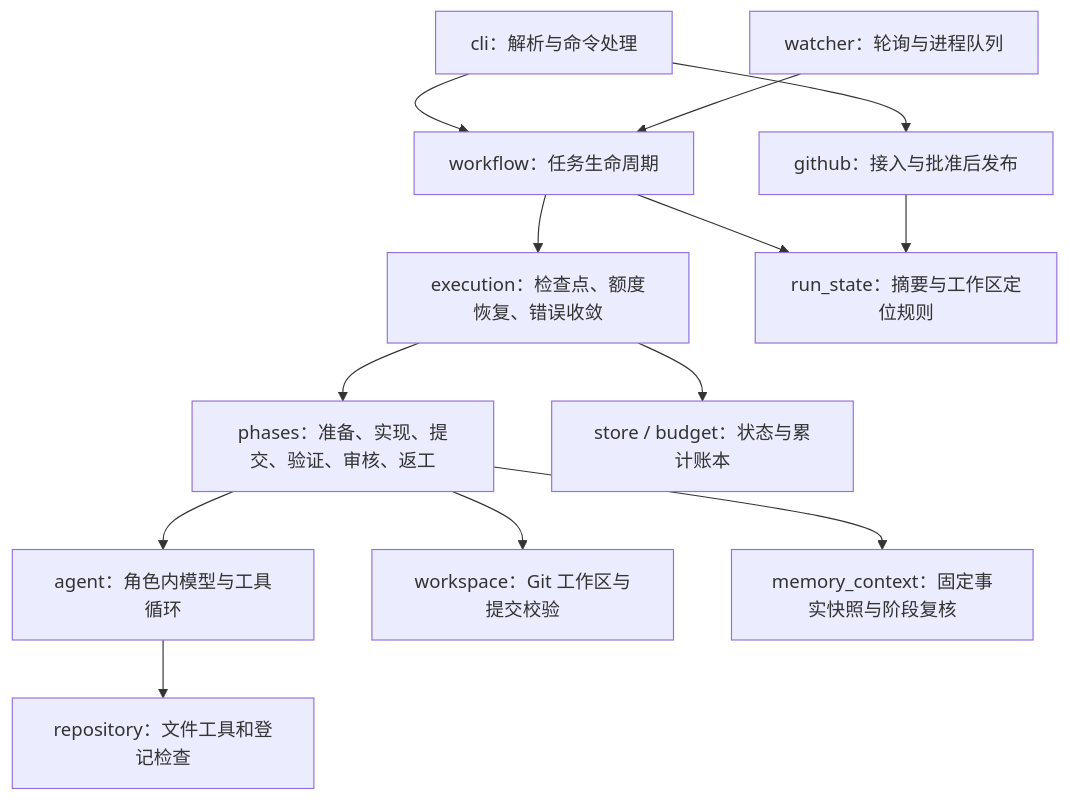
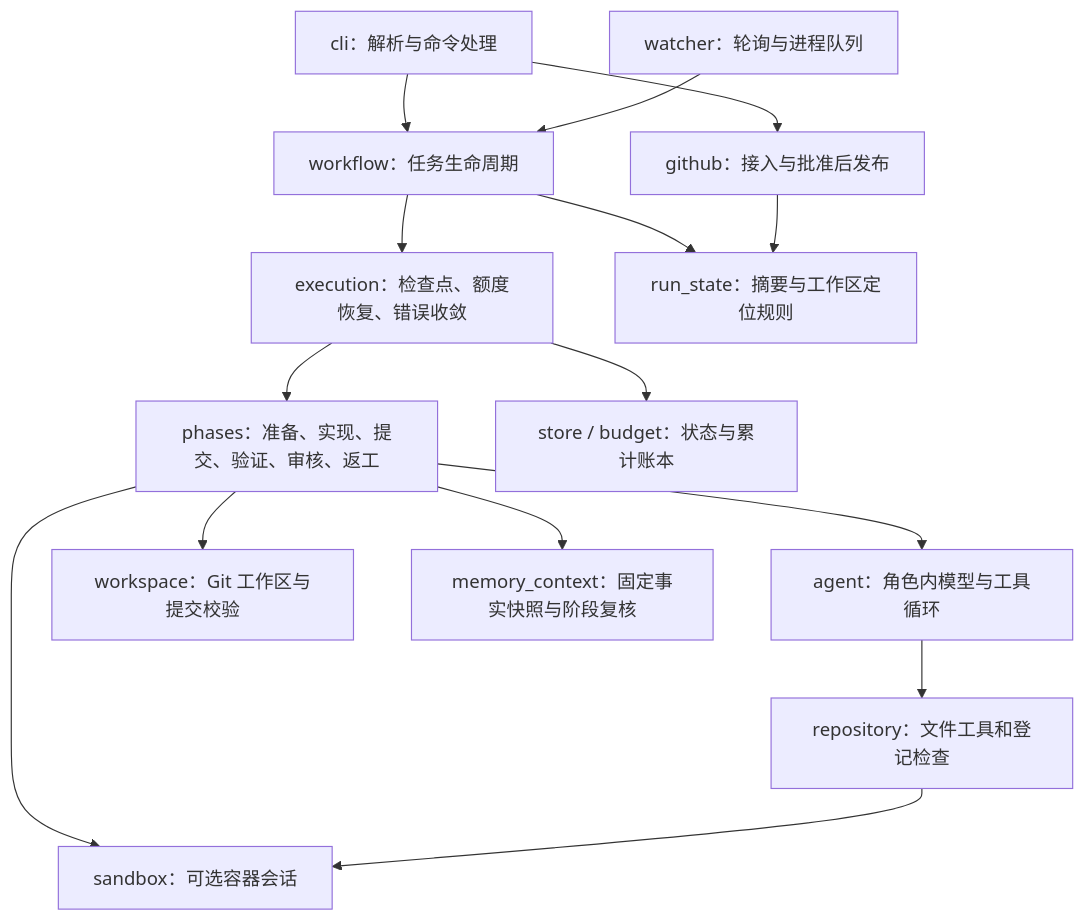
One commit to saikaji0314/repopilot changed the diagram in docs/runtime-v2/ARCHITECTURE.md. Above: the diagram before and after it, drawn with Mermaid. The commit also changed other lines of this file and 16 other files, not shown here.

````diff
--- a/docs/runtime-v2/ARCHITECTURE.md
+++ b/docs/runtime-v2/ARCHITECTURE.md
@@ -37,15 +37,17 @@
 ```mermaid
 flowchart TD
     CLI[cli：解析与命令处理] --> WF[workflow：任务生命周期]
     WATCH[watcher：轮询与进程队列] --> WF
     WF --> EXEC[execution：检查点、额度恢复、错误收敛]
     EXEC --> PHASE[phases：准备、实现、提交、验证、审核、返工]
     PHASE --> AGENT[agent：角色内模型与工具循环]
     AGENT --> TOOLS[repository：文件工具和登记检查]
+    PHASE --> SANDBOX[sandbox：可选容器会话]
+    TOOLS --> SANDBOX
     PHASE --> WS[workspace：Git 工作区与提交校验]
     PHASE --> MEM[memory_context：固定事实快照与阶段复核]
     EXEC --> STORE[store / budget：状态与累计账本]
     CLI --> GH[github：接入与批准后发布]
     WF --> STATE[run_state：摘要与工作区定位规则]
     GH --> STATE
 ```
````
